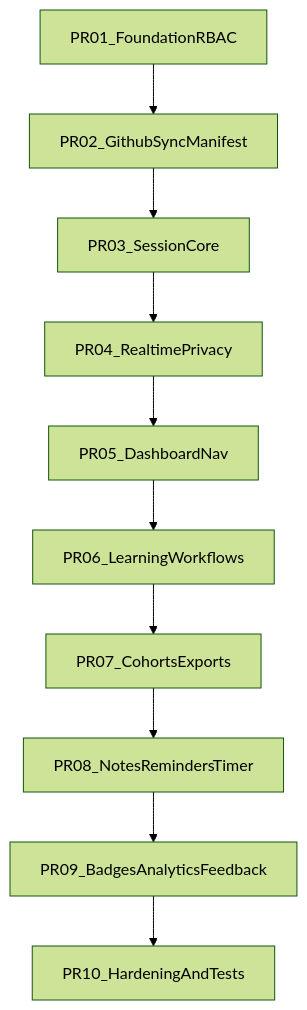
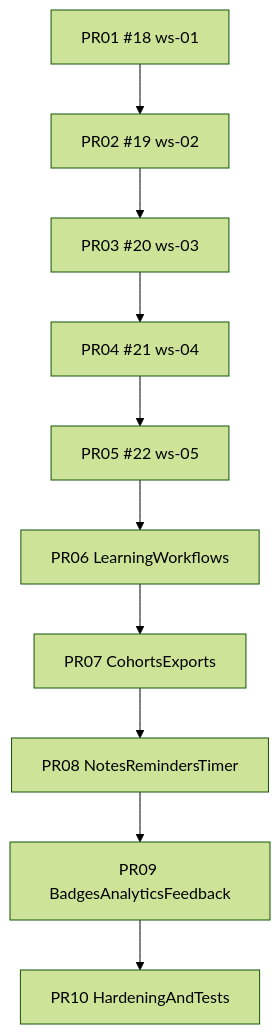
Before and after one commit to justin-p/Workshlope: the sixth of 6 diagrams in workshop_lessons_&_sessions_aa012042.plan.md, drawn with Mermaid (forest theme). The commit also changed other lines of this file, not shown here.

````diff
--- a/workshop_lessons_&_sessions_aa012042.plan.md
+++ b/workshop_lessons_&_sessions_aa012042.plan.md
@@ -923,12 +938,12 @@
 ```mermaid
 flowchart TD
-  pr01[PR01_FoundationRBAC] --> pr02[PR02_GithubSyncManifest]
-  pr02 --> pr03[PR03_SessionCore]
-  pr03 --> pr04[PR04_RealtimePrivacy]
-  pr04 --> pr05[PR05_DashboardNav]
-  pr05 --> pr06[PR06_LearningWorkflows]
-  pr06 --> pr07[PR07_CohortsExports]
-  pr07 --> pr08[PR08_NotesRemindersTimer]
-  pr08 --> pr09[PR09_BadgesAnalyticsFeedback]
-  pr09 --> pr10[PR10_HardeningAndTests]
+  pr01["PR01 #18 ws-01"] --> pr02["PR02 #19 ws-02"]
+  pr02 --> pr03["PR03 #20 ws-03"]
+  pr03 --> pr04["PR04 #21 ws-04"]
+  pr04 --> pr05["PR05 #22 ws-05"]
+  pr05 --> pr06[PR06 LearningWorkflows]
+  pr06 --> pr07[PR07 CohortsExports]
+  pr07 --> pr08[PR08 NotesRemindersTimer]
+  pr08 --> pr09[PR09 BadgesAnalyticsFeedback]
+  pr09 --> pr10[PR10 HardeningAndTests]
 ```
````
